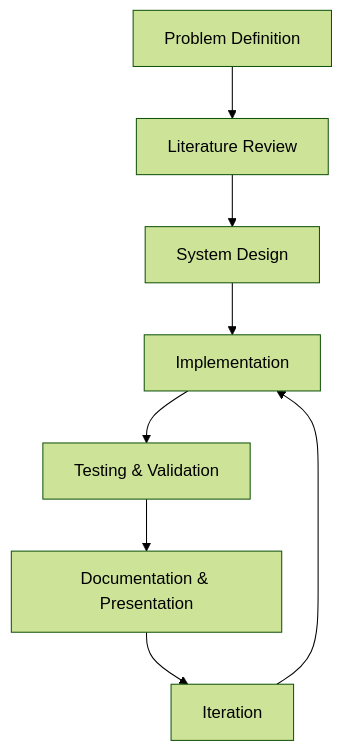
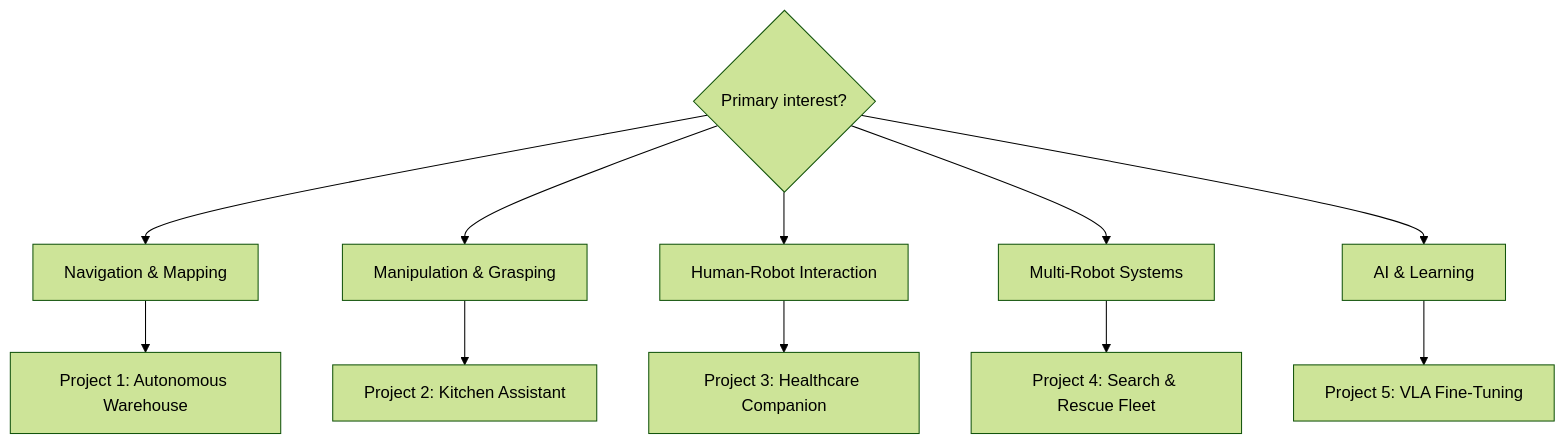
Before and after one commit to SheebaZaim/Physical-AI-and-Humanoid-Robtoics: the first of 5 diagrams in project/frontend/docs/capstone/project-ideas.md, drawn with Mermaid (forest theme). The commit also changed other lines of this file and 15 other files, not shown here.

Commit message:
Enrich book content: comprehensive chapters with code, diagrams, images

````diff
--- a/project/frontend/docs/capstone/project-ideas.md
+++ b/project/frontend/docs/capstone/project-ideas.md
@@ -12,10 +11,15 @@
-  ```mermaid
-  graph TB
-      A[Problem Definition] --> B[Literature Review]
-      B --> C[System Design]
-      C --> D[Implementation]
-      D --> E[Testing & Validation]
-      E --> F[Documentation & Presentation]
-      F --> G[Iteration]
-      G --> D
-  ```
+```mermaid
+graph TB
+    Q1{Primary interest?}
+    Q1 --> A1[Navigation & Mapping]
+    Q1 --> A2[Manipulation & Grasping]
+    Q1 --> A3[Human-Robot Interaction]
+    Q1 --> A4[Multi-Robot Systems]
+    Q1 --> A5[AI & Learning]
+
+    A1 --> P1[Project 1: Autonomous Warehouse]
+    A2 --> P2[Project 2: Kitchen Assistant]
+    A3 --> P3[Project 3: Healthcare Companion]
+    A4 --> P4[Project 4: Search & Rescue Fleet]
+    A5 --> P5[Project 5: VLA Fine-Tuning]
+```
````
